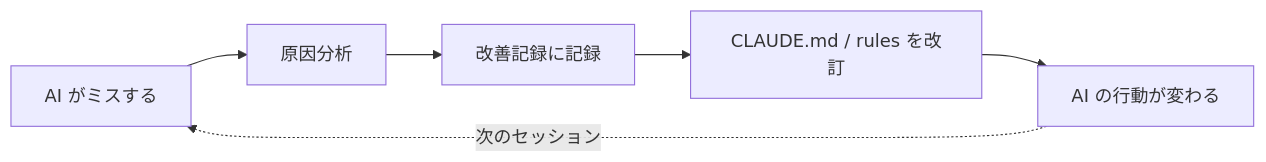
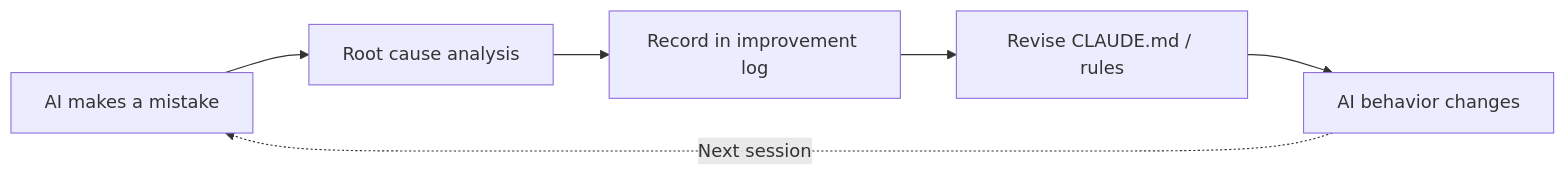
The first of 4 diagrams in README.md (ka2kama/ringiflow), drawn with Mermaid before and after one commit. The commit also changed other lines of this file and 2 other files, not shown here.

````diff
--- a/README.md
+++ b/README.md
@@ -92,8 +93,8 @@
 ```mermaid
 flowchart LR
-    A["AI がミスする"] --> B["原因分析"]
-    B --> C["改善記録に記録"]
-    C --> D["CLAUDE.md / rules を改訂"]
-    D --> E["AI の行動が変わる"]
-    E -.->|次のセッション| A
+    A["AI makes a mistake"] --> B["Root cause analysis"]
+    B --> C["Record in improvement log"]
+    C --> D["Revise CLAUDE.md / rules"]
+    D --> E["AI behavior changes"]
+    E -.->|Next session| A
 ```
````
